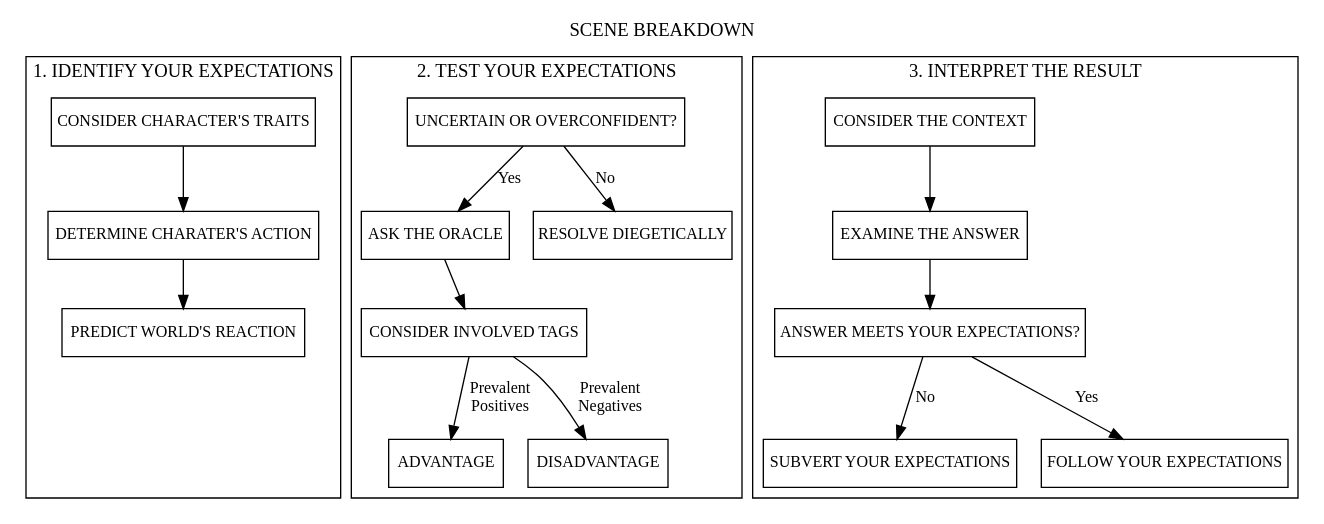
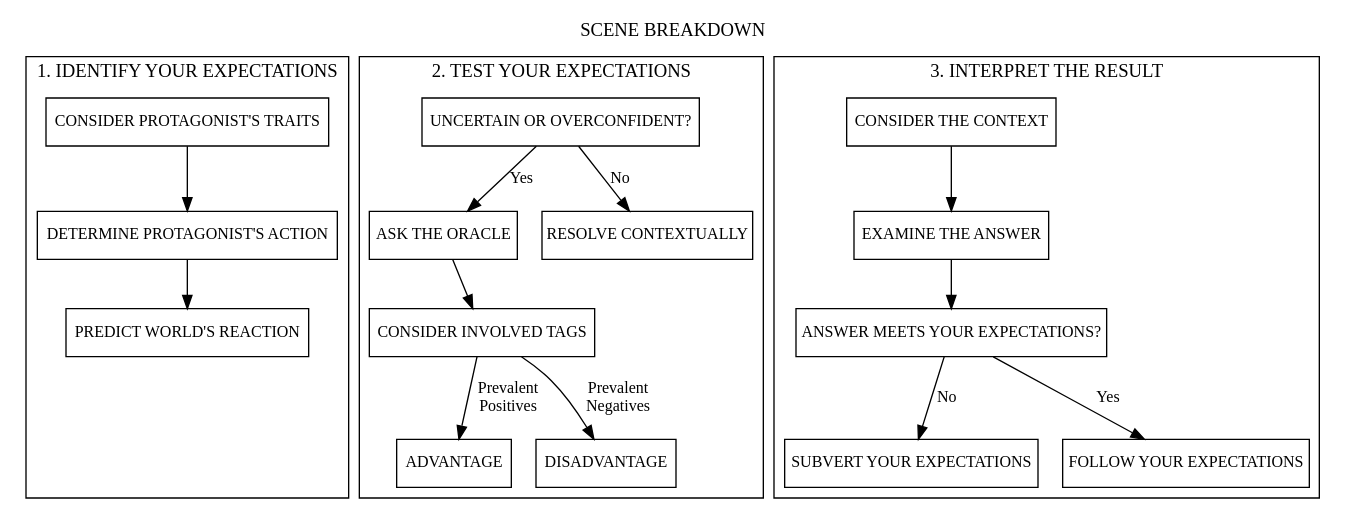
Before and after one commit to zeruhur/loner: the diagram in diagrams/scene_breakdown.dot, drawn with Graphviz. The commit also changed 11 other files, not shown here.

Commit message:
aggiornamento diagrammi

```diff
--- a/diagrams/scene_breakdown.dot
+++ b/diagrams/scene_breakdown.dot
@@ -1,53 +1,53 @@
 digraph scene_breakdown {
     label = "SCENE BREAKDOWN";
     labelloc="t";
     fontname="Takota";
     node [shape="rect", style = "", 
     fontname="Takota", fontsize=12];
     edge [shape="rect", fontname="Takota", fontsize=12];
 
     subgraph cluster_0 {
         label = "1. IDENTIFY YOUR EXPECTATIONS";
-        cs01 [label = "CONSIDER CHARACTER'S TRAITS"];
-        cs02 [label = "DETERMINE CHARATER'S ACTION"];
+        cs01 [label = "CONSIDER PROTAGONIST'S TRAITS"];
+        cs02 [label = "DETERMINE PROTAGONIST'S ACTION"];
         cs03 [label = "PREDICT WORLD'S REACTION"];
         cs04 [style = "invis"];
 
         cs01 -> cs02 -> cs03;
         cs03 -> cs04 [style="invis"];
 
     }
     subgraph cluster_1 {
         label = "2. TEST YOUR EXPECTATIONS";
         cs11 [label = "UNCERTAIN OR OVERCONFIDENT?"];
         cs12 [label = "ASK THE ORACLE"];
-        cs13 [label = "RESOLVE DIEGETICALLY"];
+        cs13 [label = "RESOLVE CONTEXTUALLY"];
         cs14 [label = "CONSIDER INVOLVED TAGS"];
         cs15 [label = "ADVANTAGE"];
         cs16 [label = "DISADVANTAGE"];
 
         cs11 -> cs12 [label="Yes"];
         cs11 -> cs13 [label="No"];
         cs12 -> cs14;
         cs14 -> cs15 [label = "Prevalent \n Positives"];
         cs14 -> cs16 [label = "Prevalent \n Negatives"];
 
     }
     subgraph cluster_3 {
         label = "3. INTERPRET THE RESULT";
         cs31 [label = "ANSWER MEETS YOUR EXPECTATIONS?"];
         cs32 [label = "CONSIDER THE CONTEXT"];
         cs33 [label = "EXAMINE THE ANSWER"];
         cs34 [label = "SUBVERT YOUR EXPECTATIONS"];
         cs35 [label = "FOLLOW YOUR EXPECTATIONS"];
 
         cs32 -> cs33 -> cs31;
         cs31 -> cs35 [label = "Yes"];
         cs31 -> cs34 [label = "No"];
 
     //cs03 -> cs11;
     //cs15, cs16 -> cs32
 
     }
 
 }
```
